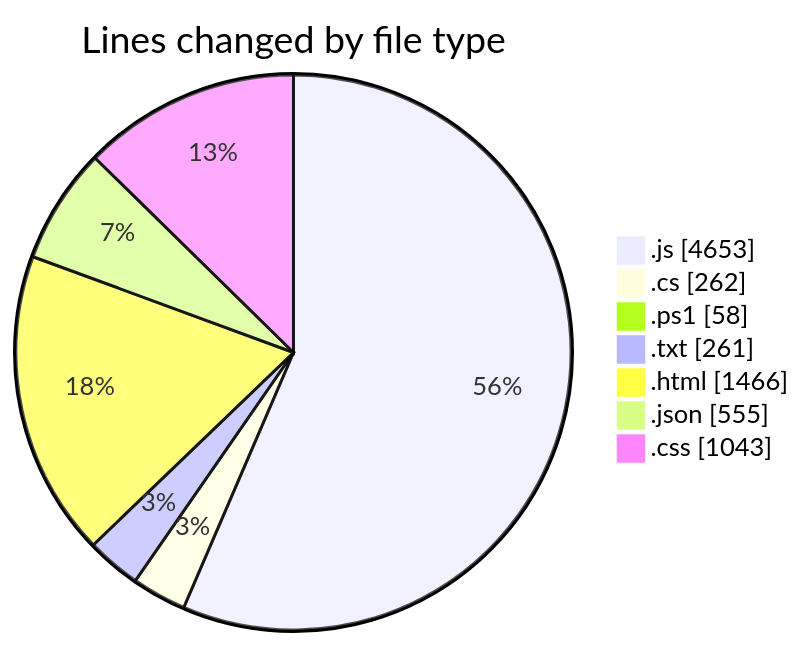
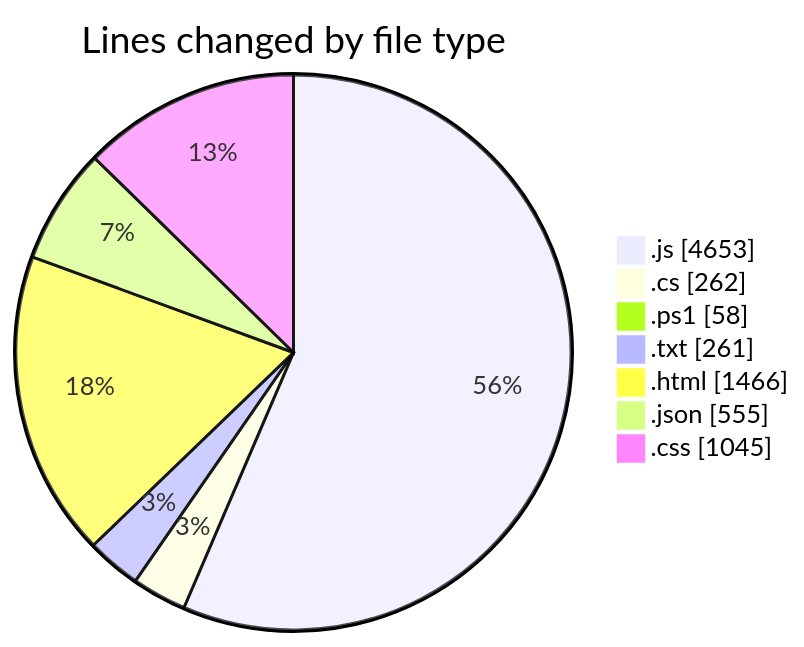
The first of 2 diagrams in 2026-02-17/bot_v1_2/README.md (becaeroporto-bot/code-tracking), drawn with Mermaid before and after one commit. The commit also changed other lines of this file and 1 other file, not shown here.

````diff
--- a/2026-02-17/bot_v1_2/README.md
+++ b/2026-02-17/bot_v1_2/README.md
@@ -41,11 +41,11 @@
 ```mermaid
 pie showData
 title Lines changed by file type
 ".js" : 4653
 ".cs" : 262
 ".ps1" : 58
 ".txt" : 261
 ".html" : 1466
 ".json" : 555
-".css" : 1043
+".css" : 1045
 ```
````
